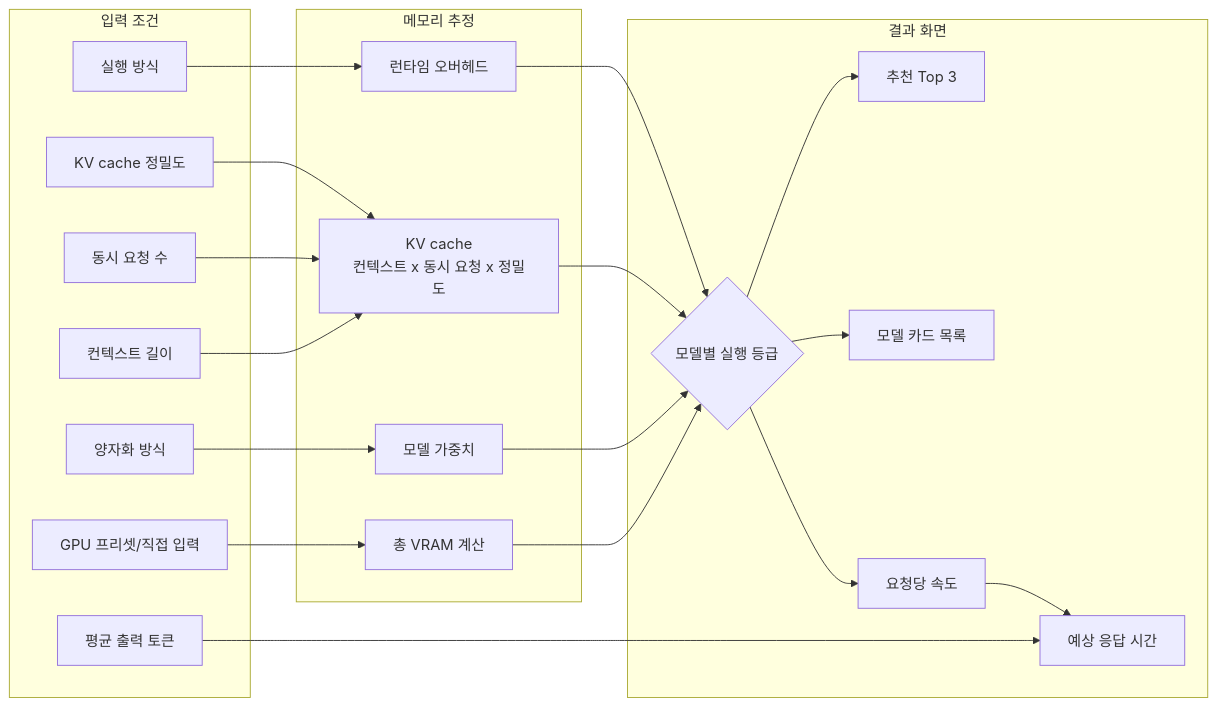
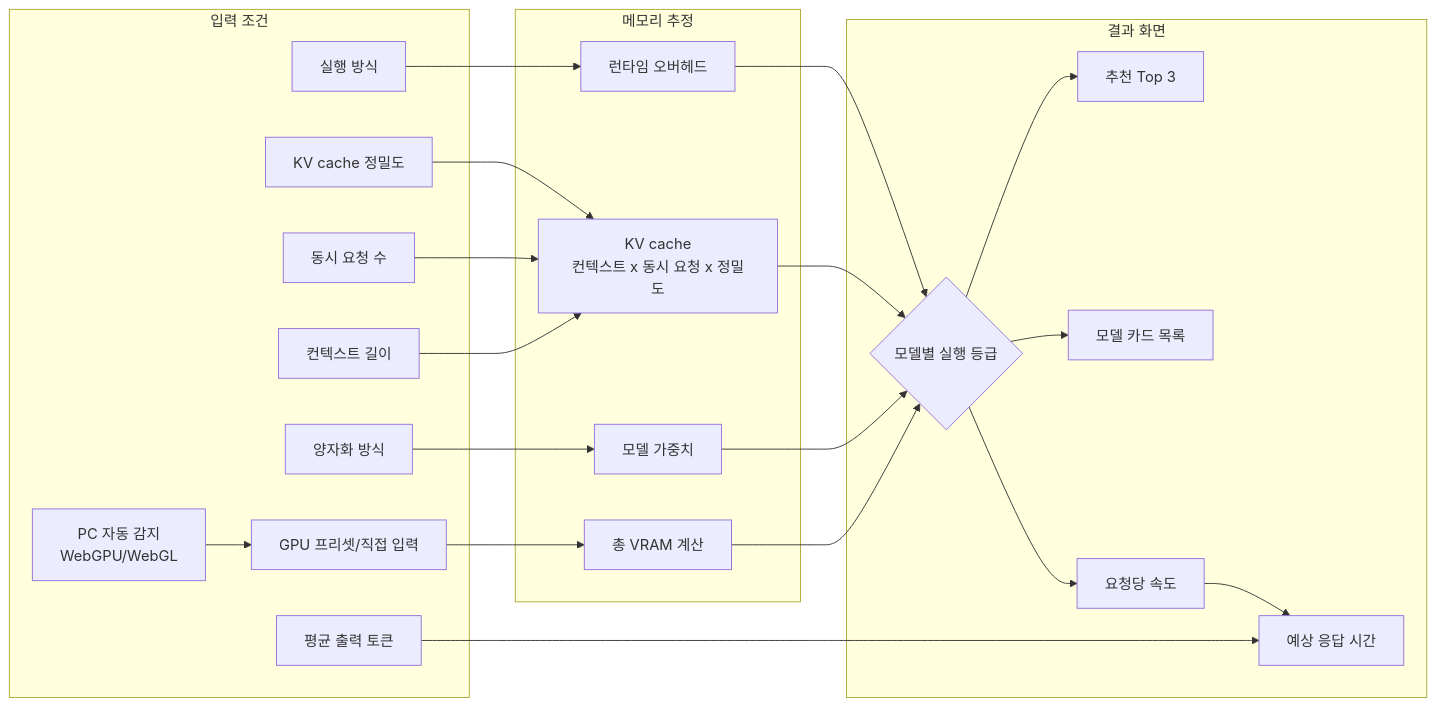
One commit to jaeseok614/llm-gpu-checker-ko changed the first of 2 diagrams in README.md. Above: the diagram before and after it, drawn with Mermaid. The commit also changed other lines of this file and 3 other files, not shown here.

````diff
--- a/README.md
+++ b/README.md
@@ -60,43 +60,45 @@
 ```mermaid
 flowchart LR
   subgraph Input[입력 조건]
+    Q[PC 자동 감지<br/>WebGPU/WebGL]
     A[GPU 프리셋/직접 입력]
     B[컨텍스트 길이]
     C[동시 요청 수]
     D[평균 출력 토큰]
     E[KV cache 정밀도]
     F[양자화 방식]
     G[실행 방식]
   end
 
   subgraph Memory[메모리 추정]
     H[총 VRAM 계산]
     I[모델 가중치]
     J[KV cache<br/>컨텍스트 x 동시 요청 x 정밀도]
     K[런타임 오버헤드]
   end
 
   subgraph Result[결과 화면]
     L{모델별 실행 등급}
     M[추천 Top 3]
     N[모델 카드 목록]
     O[요청당 속도]
     P[예상 응답 시간]
   end
 
+  Q --> A
   A --> H
   F --> I
   B --> J
   C --> J
   E --> J
   G --> K
   D --> P
   H --> L
   I --> L
   J --> L
   K --> L
   L --> M
   L --> N
   L --> O
   O --> P
 ```
````
